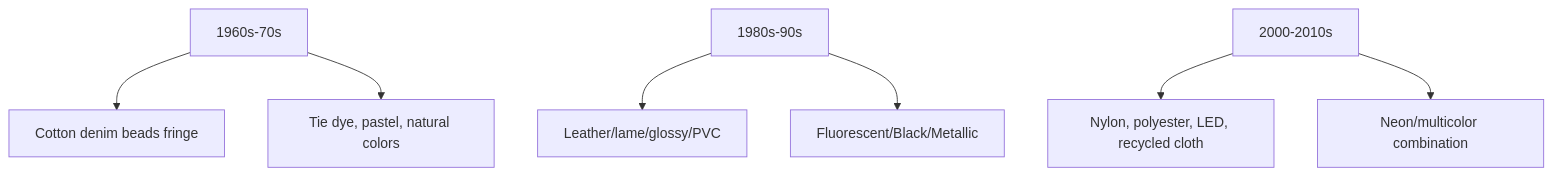
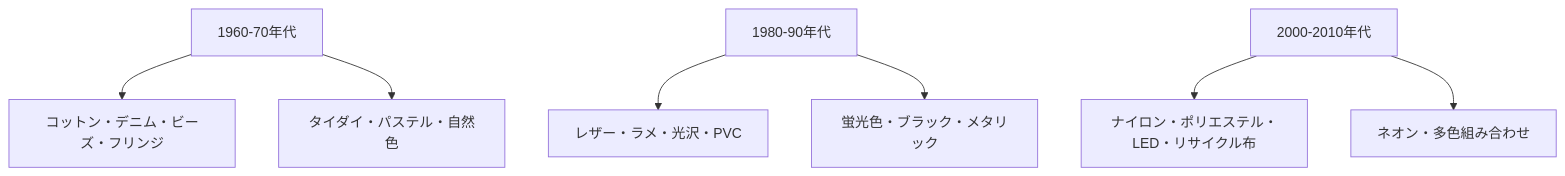
Before and after one commit to monumental-movement/monumental-movement.github.io: the seventh of 8 diagrams in en/_posts/2026-02-14-column-festival-fashion.md, drawn with Mermaid. The commit also changed other lines of this file and 2196 other files, not shown here.

```diff
--- a/en/_posts/2026-02-14-column-festival-fashion.md
+++ b/en/_posts/2026-02-14-column-festival-fashion.md
@@ -186,9 +186,9 @@
 <div class="mermaid">
 graph TD
-    Sub1960["1960s-70s"] --> Material1960["Cotton denim beads fringe"]
-    Sub1960 --> Color1960["Tie dye, pastel, natural colors"]
-    Sub1980["1980s-90s"] --> Material1980["Leather/lame/glossy/PVC"]
-    Sub1980 --> Color1980["Fluorescent/Black/Metallic"]
-    Sub2000["2000-2010s"] --> Material2000["Nylon, polyester, LED, recycled cloth"]
-    Sub2000 --> Color2000["Neon/multicolor combination"]
+    Sub1960["1960-70年代"] --> Material1960["コットン・デニム・ビーズ・フリンジ"]
+    Sub1960 --> Color1960["タイダイ・パステル・自然色"]
+    Sub1980["1980-90年代"] --> Material1980["レザー・ラメ・光沢・PVC"]
+    Sub1980 --> Color1980["蛍光色・ブラック・メタリック"]
+    Sub2000["2000-2010年代"] --> Material2000["ナイロン・ポリエステル・LED・リサイクル布"]
+    Sub2000 --> Color2000["ネオン・多色組み合わせ"]
 </div>
```
